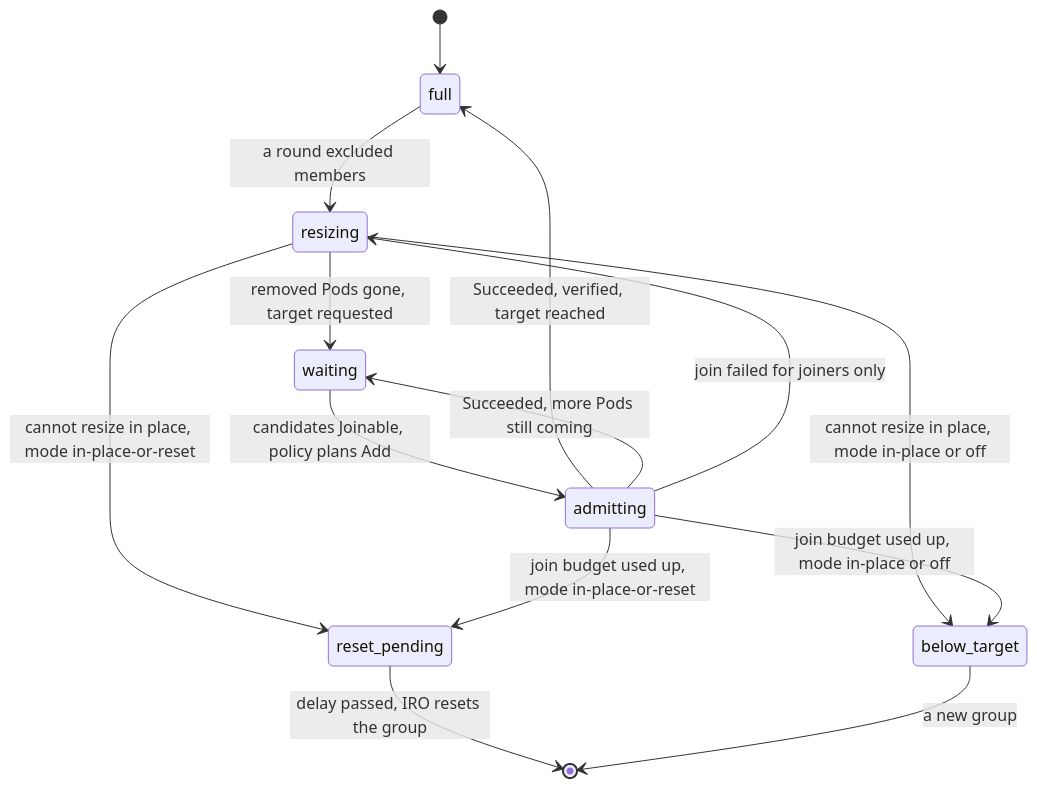
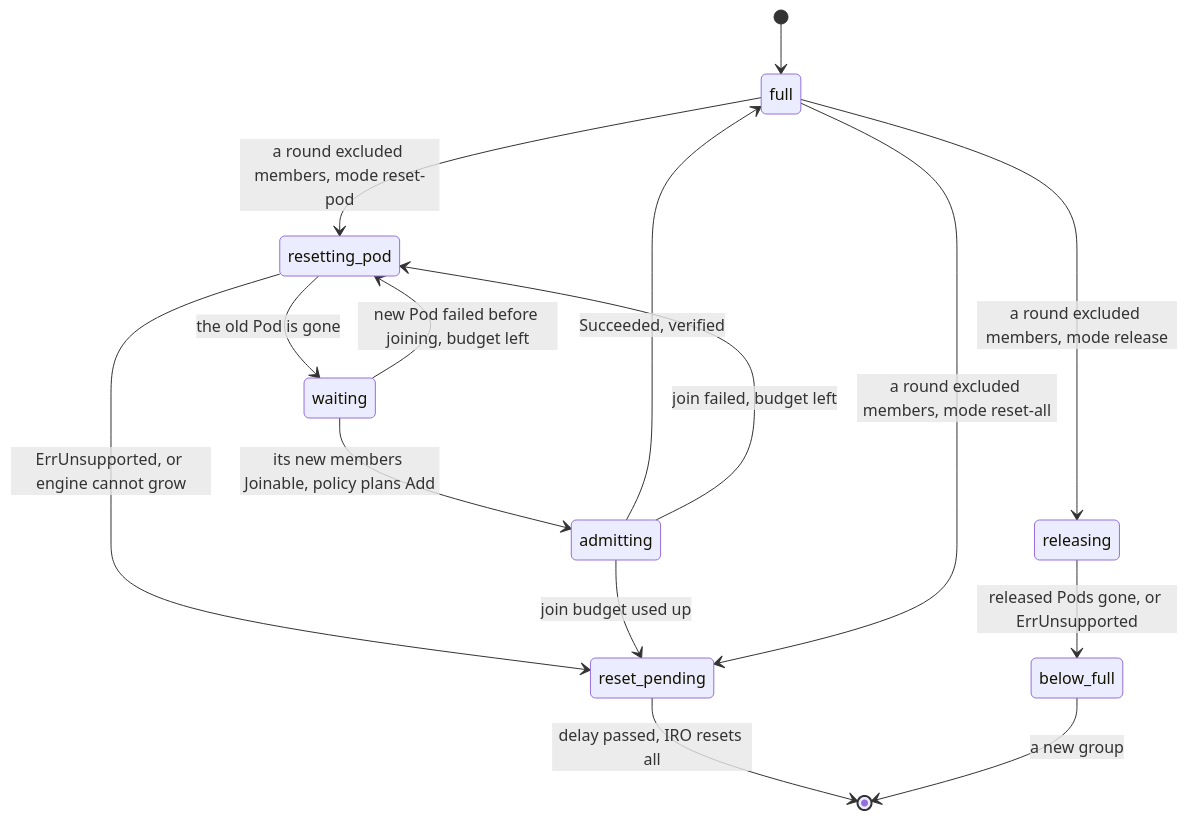
Before and after one commit to Etelis/llm-d-resiliency-operator: the fourth of 4 diagrams in docs/design/contracts/controller.md, drawn with Mermaid. The commit also changed other lines of this file and 7 other files, not shown here.

First line of the commit message:
Bring capacity back by resetting, not by adding Pods

````diff
--- a/docs/design/contracts/controller.md
+++ b/docs/design/contracts/controller.md
@@ -281,16 +287,17 @@
 ```mermaid
 stateDiagram-v2
   [*] --> full
-  full --> resizing: a round excluded members
-  resizing --> waiting: removed Pods gone, target requested
-  waiting --> admitting: candidates Joinable, policy plans Add
-  admitting --> full: Succeeded, verified, target reached
-  admitting --> waiting: Succeeded, more Pods still coming
-  admitting --> resizing: join failed for joiners only
-  resizing --> reset_pending: cannot resize in place, mode in-place-or-reset
-  admitting --> reset_pending: join budget used up, mode in-place-or-reset
-  reset_pending --> [*]: delay passed, IRO resets the group
-  resizing --> below_target: cannot resize in place, mode in-place or off
-  admitting --> below_target: join budget used up, mode in-place or off
-  below_target --> [*]: a new group
+  full --> resetting_pod: a round excluded members, mode reset-pod
+  resetting_pod --> waiting: the old Pod is gone
+  waiting --> admitting: its new members Joinable, policy plans Add
+  admitting --> full: Succeeded, verified
+  admitting --> resetting_pod: join failed, budget left
+  waiting --> resetting_pod: new Pod failed before joining, budget left
+  resetting_pod --> reset_pending: ErrUnsupported, or engine cannot grow
+  admitting --> reset_pending: join budget used up
+  full --> reset_pending: a round excluded members, mode reset-all
+  reset_pending --> [*]: delay passed, IRO resets all
+  full --> releasing: a round excluded members, mode release
+  releasing --> below_full: released Pods gone, or ErrUnsupported
+  below_full --> [*]: a new group
 ```
````
